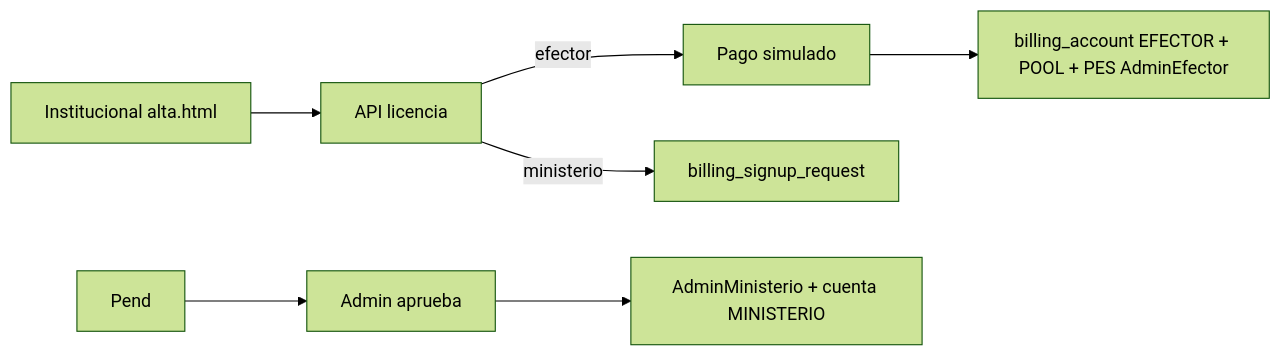
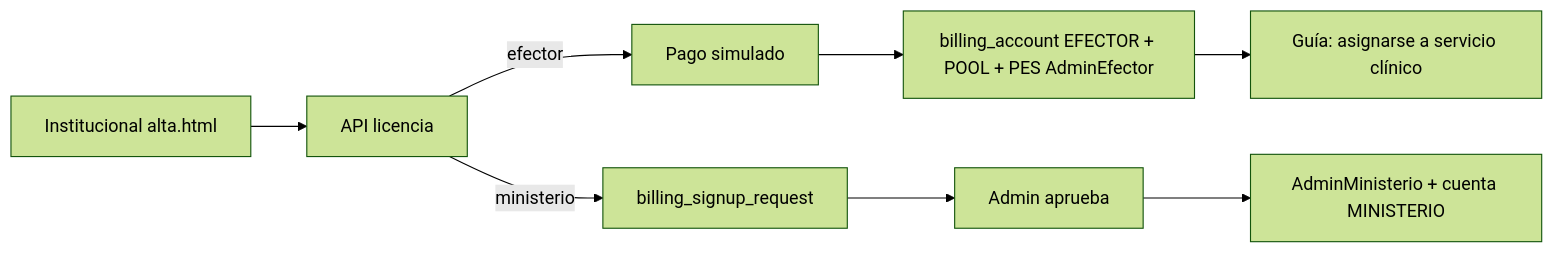
Before and after one commit to luischanferoni/bioenlace: the diagram in web/docs/producto/alta-cuenta-licencia.md, drawn with Mermaid (forest theme). The commit also changed other lines of this file and 18 other files, not shown here.

````diff
--- a/web/docs/producto/alta-cuenta-licencia.md
+++ b/web/docs/producto/alta-cuenta-licencia.md
@@ -17,9 +18,10 @@
 ```mermaid
 flowchart LR
   Inst[Institucional alta.html] --> API[API licencia]
   API -->|efector| Pay[Pago simulado]
   Pay --> Acc[billing_account EFECTOR + POOL + PES AdminEfector]
-  API -->|ministerio| Req[billing_signup_request]
+  Acc --> Guide[Guía: asignarse a servicio clínico]
+  API -->|ministerio| Pend[billing_signup_request]
   Pend --> Admin[Admin aprueba]
   Admin --> Rol[AdminMinisterio + cuenta MINISTERIO]
 ```
````
